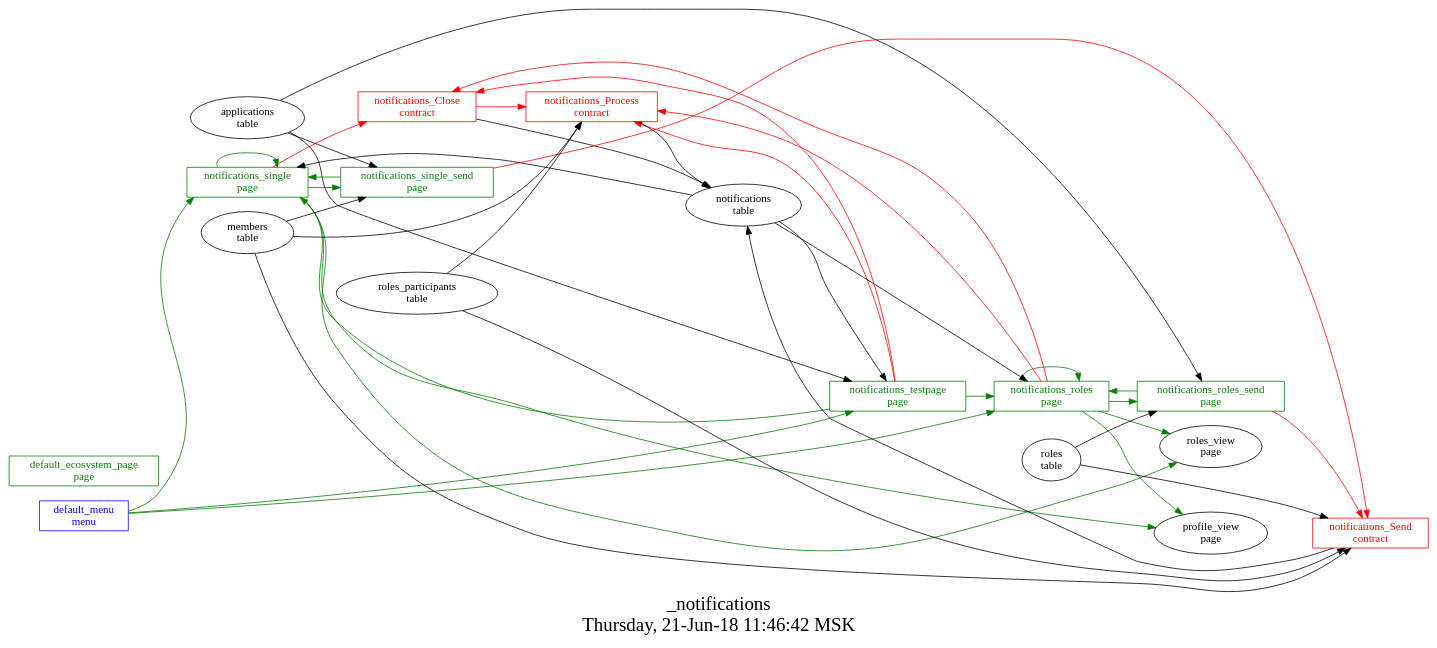
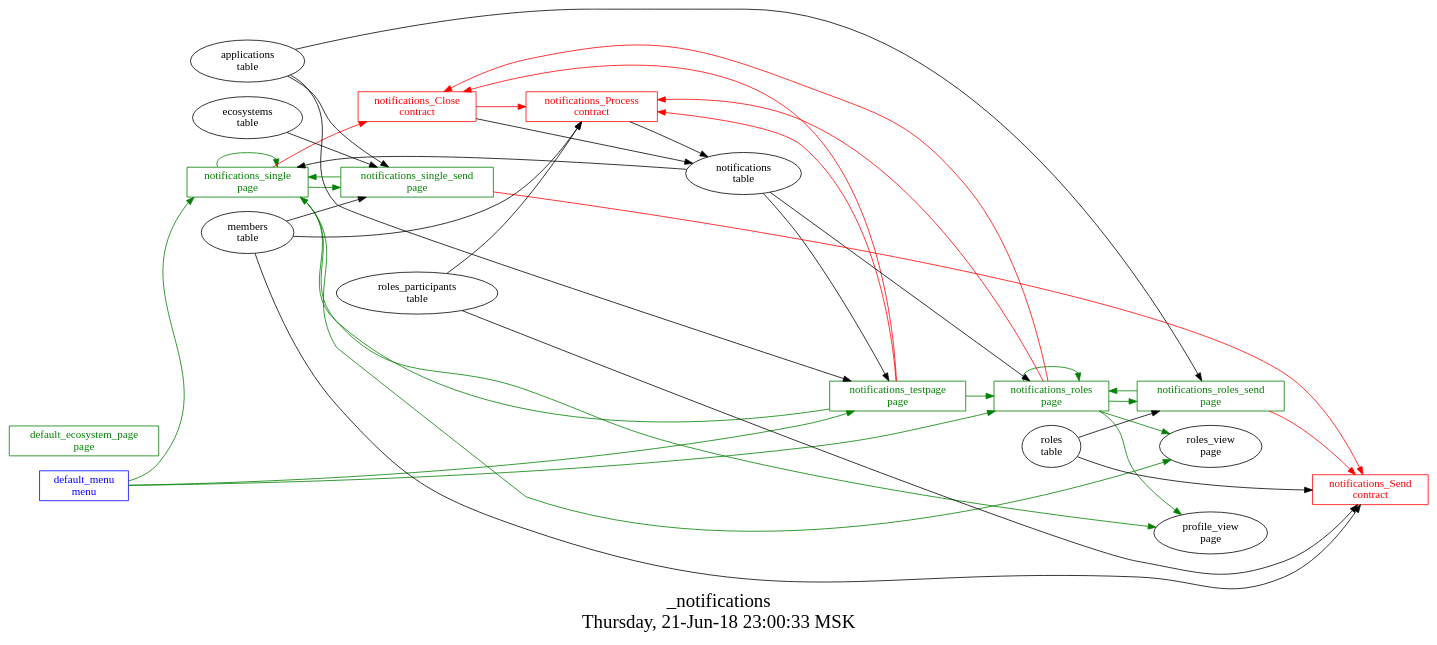
One commit to AplaProject/apps changed the diagram in src/_notifications/struct.dot. Above: the diagram before and after it, drawn with Graphviz. The commit also changed 11 other files, not shown here.

```diff
--- a/src/_notifications/struct.dot
+++ b/src/_notifications/struct.dot
@@ -1,59 +1,59 @@
 digraph G {
 graph [
   fontsize="24";
-  label="_notifications\nThursday, 21-Jun-18 11:46:42 MSK";
+  label="_notifications\nThursday, 21-Jun-18 23:00:33 MSK";
   nojustify=true;
   ordering=out;
   rankdir=LR;
   size="30";
 ];
 "default_menu\nmenu" -> "notifications_single\npage"  [ color=green ]
 "default_menu\nmenu" -> "notifications_roles\npage"  [ color=green ]
 "default_menu\nmenu" -> "notifications_testpage\npage"  [ color=green ]
 "default_menu\nmenu" [color=blue, fontcolor=blue, group=menus, shape=record];
 "default_ecosystem_page\npage" [color=green, fontcolor=green, group=pages, shape=record];
 "notifications_roles\npage" -> "notifications_Process\ncontract"  [ color=red ]
 "notifications_roles\npage" -> "notifications_Close\ncontract"  [ color=red ]
 "notifications\ntable" -> "notifications_roles\npage"
 "notifications_roles\npage" -> "notifications_roles_send\npage"  [ color=green ]
 "notifications_roles\npage" -> "roles_view\npage"  [ color=green ]
 "notifications_roles\npage" -> "profile_view\npage"  [ color=green ]
 "notifications_roles\npage" -> "notifications_roles\npage"  [ color=green ]
 "notifications_roles\npage" [color=green, fontcolor=green, group=pages, shape=record];
 "notifications_roles_send\npage" -> "notifications_Send\ncontract"  [ color=red ]
 "applications\ntable" -> "notifications_roles_send\npage"
 "roles\ntable" -> "notifications_roles_send\npage"
 "notifications_roles_send\npage" -> "notifications_roles\npage"  [ color=green ]
 "notifications_roles_send\npage" [color=green, fontcolor=green, group=pages, shape=record];
 "notifications_single\npage" -> "notifications_Close\ncontract"  [ color=red ]
 "notifications\ntable" -> "notifications_single\npage"
 "notifications_single\npage" -> "notifications_single_send\npage"  [ color=green ]
 "notifications_single\npage" -> "profile_view\npage"  [ color=green ]
 "notifications_single\npage" -> "roles_view\npage"  [ color=green ]
 "notifications_single\npage" -> "notifications_single\npage"  [ color=green ]
 "notifications_single\npage" [color=green, fontcolor=green, group=pages, shape=record];
 "notifications_single_send\npage" -> "notifications_Send\ncontract"  [ color=red ]
 "applications\ntable" -> "notifications_single_send\npage"
 "members\ntable" -> "notifications_single_send\npage"
+"ecosystems\ntable" -> "notifications_single_send\npage"
 "notifications_single_send\npage" -> "notifications_single\npage"  [ color=green ]
 "notifications_single_send\npage" [color=green, fontcolor=green, group=pages, shape=record];
 "notifications_testpage\npage" -> "notifications_Close\ncontract"  [ color=red ]
 "notifications_testpage\npage" -> "notifications_Process\ncontract"  [ color=red ]
 "applications\ntable" -> "notifications_testpage\npage"
 "notifications\ntable" -> "notifications_testpage\npage"
 "notifications_testpage\npage" -> "notifications_single\npage"  [ color=green ]
 "notifications_testpage\npage" -> "notifications_roles\npage"  [ color=green ]
 "notifications_testpage\npage" [color=green, fontcolor=green, group=pages, shape=record];
 "notifications_Close\ncontract" -> "notifications_Process\ncontract"  [ color=red ]
 "notifications_Close\ncontract" -> "notifications\ntable"  [ color="" ]
 "notifications_Close\ncontract" [color=red, fontcolor=red, group=contracts, shape=record];
 "notifications_Process\ncontract" -> "notifications\ntable"  [ color="" ]
 "roles_participants\ntable" -> "notifications_Process\ncontract"
 "members\ntable" -> "notifications_Process\ncontract"
 "notifications_Process\ncontract" [color=red, fontcolor=red, group=contracts, shape=record];
-"notifications_Send\ncontract" -> "notifications\ntable"  [ color="" ]
 "members\ntable" -> "notifications_Send\ncontract"
 "roles\ntable" -> "notifications_Send\ncontract"
 "roles_participants\ntable" -> "notifications_Send\ncontract"
 "notifications_Send\ncontract" [color=red, fontcolor=red, group=contracts, shape=record];
 }
```
